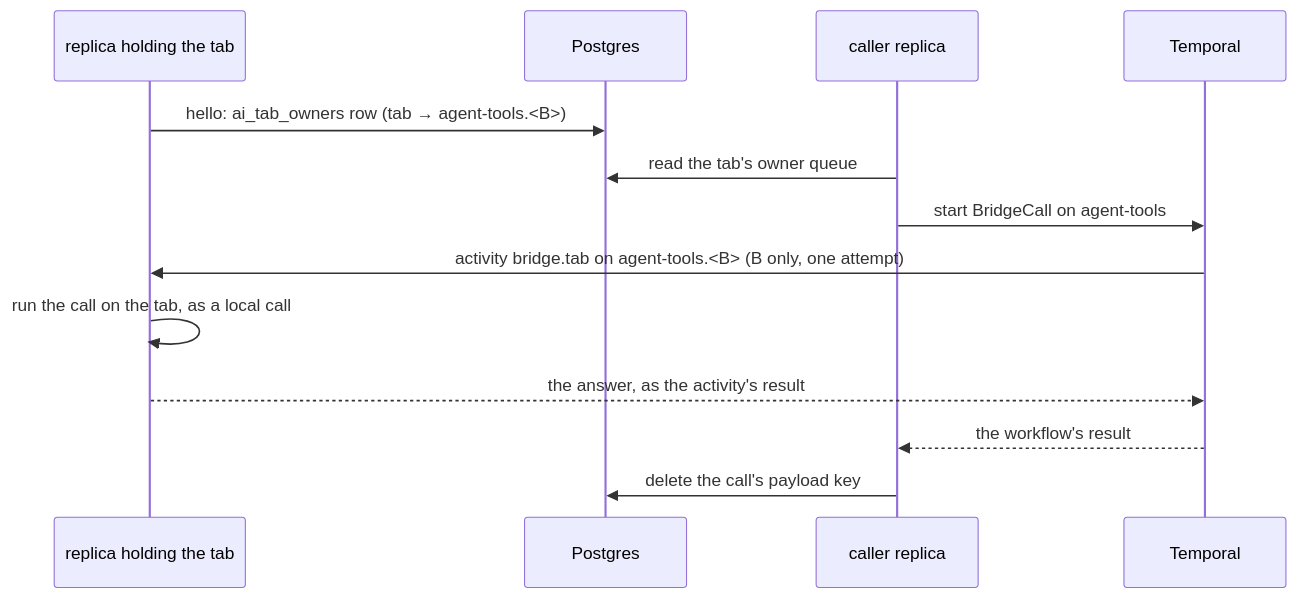
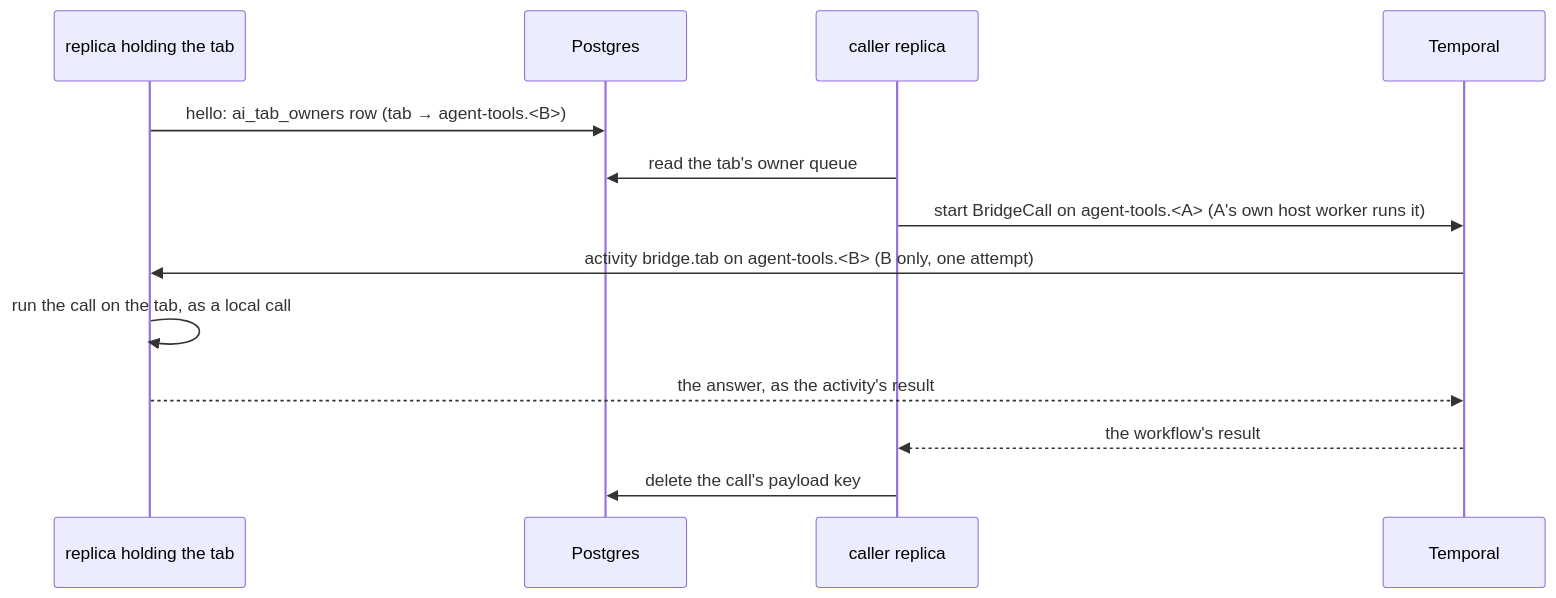
The diagram in docs/ai/browser-bridge.md (eh-homelab/ScadBuddy), drawn with Mermaid before and after one commit. The commit also changed other lines of this file and 13 other files, not shown here.

First line of the commit message:
fix(agent): run BridgeCall on the caller's own host queue (#5862)

````diff
--- a/docs/ai/browser-bridge.md
+++ b/docs/ai/browser-bridge.md
@@ -367,15 +367,15 @@
 ```mermaid
 sequenceDiagram
   participant B as replica holding the tab
   participant PG as Postgres
   participant A as caller replica
   participant T as Temporal
   B->>PG: hello: ai_tab_owners row (tab → agent-tools.<B>)
   A->>PG: read the tab's owner queue
-  A->>T: start BridgeCall on agent-tools
+  A->>T: start BridgeCall on agent-tools.<A> (A's own host worker runs it)
   T->>B: activity bridge.tab on agent-tools.<B> (B only, one attempt)
   B->>B: run the call on the tab, as a local call
   B-->>T: the answer, as the activity's result
   T-->>A: the workflow's result
   A->>PG: delete the call's payload key
 ```
````
